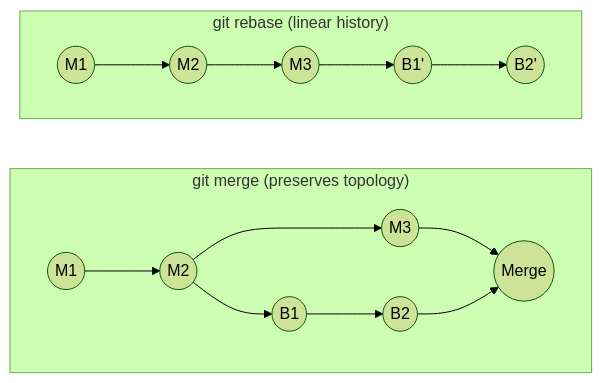
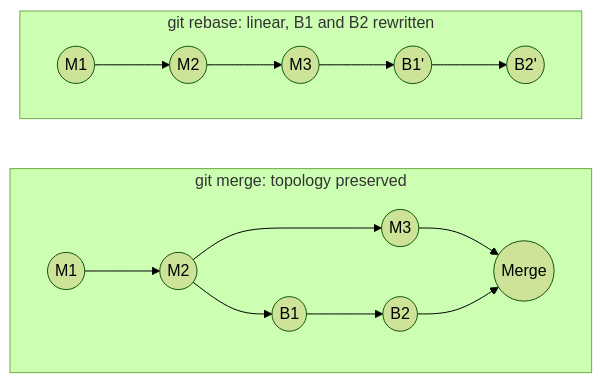
Before and after one commit to AndrewAltimit/Documentation: the third of 7 diagrams in github-pages/docs/technology/git/algorithms-and-operations.md, drawn with Mermaid (forest theme). The commit also changed other lines of this file and 240 other files, not shown here.

````diff
--- a/github-pages/docs/technology/git/algorithms-and-operations.md
+++ b/github-pages/docs/technology/git/algorithms-and-operations.md
@@ -78,12 +134,12 @@
 ```mermaid
 flowchart LR
-    subgraph Merge["git merge (preserves topology)"]
+    subgraph Merge["git merge: topology preserved"]
         direction LR
         m1((M1)) --> m2((M2)) --> m3((M3)) --> mc((Merge))
         m2 --> b1((B1)) --> b2((B2)) --> mc
     end
-    subgraph Rebase["git rebase (linear history)"]
+    subgraph Rebase["git rebase: linear, B1 and B2 rewritten"]
         direction LR
         r1((M1)) --> r2((M2)) --> r3((M3)) --> rb1((B1')) --> rb2((B2'))
     end
 ```
````
